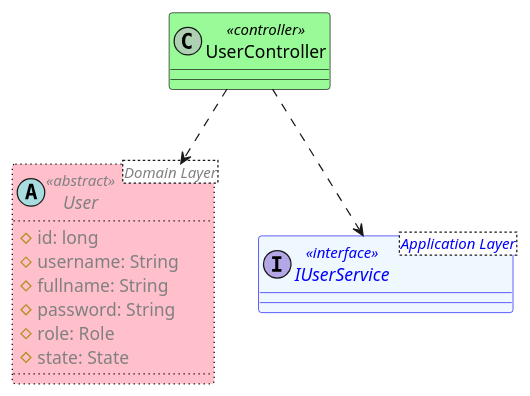
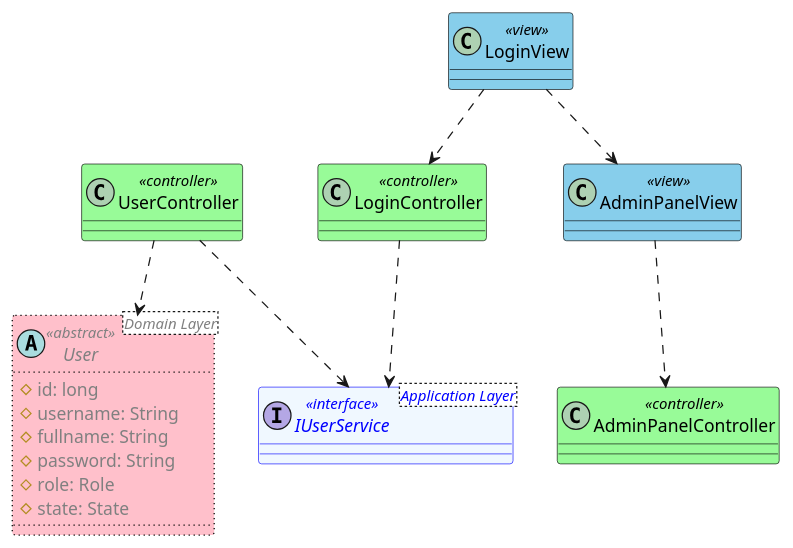
One commit to FernandoMulato/Piedrazul-Medical-Services-Network changed the diagram in 1.Project-with_Monolithic_Architecture/mod_app_piedrazul_medical_services_network/Presentation/dClassPresentation.puml. Above: the diagram before and after it, drawn with PlantUML. The commit also changed 23 other files, not shown here.

```diff
--- a/1.Project-with_Monolithic_Architecture/mod_app_piedrazul_medical_services_network/Presentation/dClassPresentation.puml
+++ b/1.Project-with_Monolithic_Architecture/mod_app_piedrazul_medical_services_network/Presentation/dClassPresentation.puml
@@ -1,23 +1,40 @@
 @startuml PresentationClasses
 
 class UserController <<controller>> #PaleGreen;line:Black;text:Black {
 
+}
+
+class LoginView <<view>> #SkyBlue;line:Black;text:Black {
+
+}
+
+class AdminPanelView <<view>> #SkyBlue;line:Black;text:Black {
+}
+
+class LoginController <<controller>> #PaleGreen;line:Black;text:Black {
+}
+
+class AdminPanelController <<controller>> #PaleGreen;line:Black;text:Black {
 }
 
 ' from domain layer
 abstract User<Domain Layer> <<abstract>> #Pink;line:Black;line.dotted;text:gray {
   # id: long 
   # username: String
   # fullname: String
   # password: String
   # role: Role
   # state: State
 }
 
 ' from application layer
 interface IUserService<Application Layer> <<interface>> #aliceblue;line:blue;text:blue {}
 
 UserController ..> User
 UserController ..> IUserService
+LoginView ..> LoginController
+LoginView ..> AdminPanelView
+AdminPanelView ..> AdminPanelController
+LoginController ..> IUserService
 
 @enduml
```
